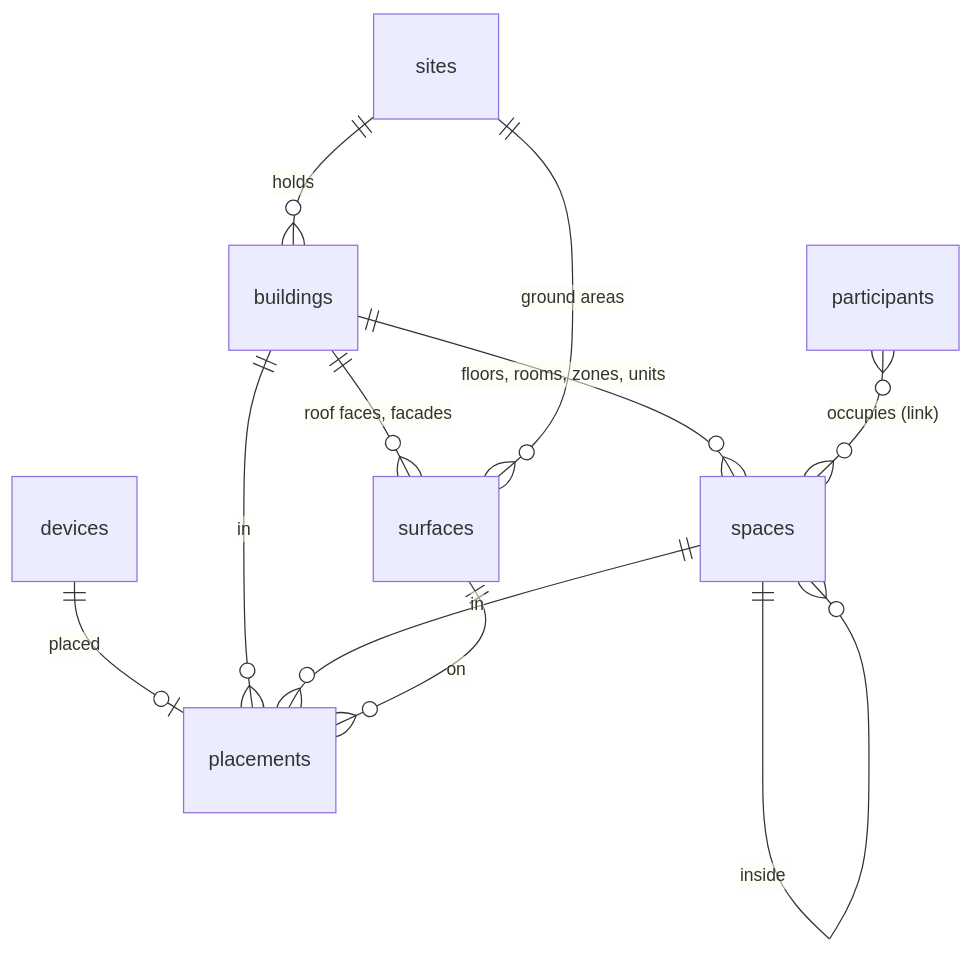
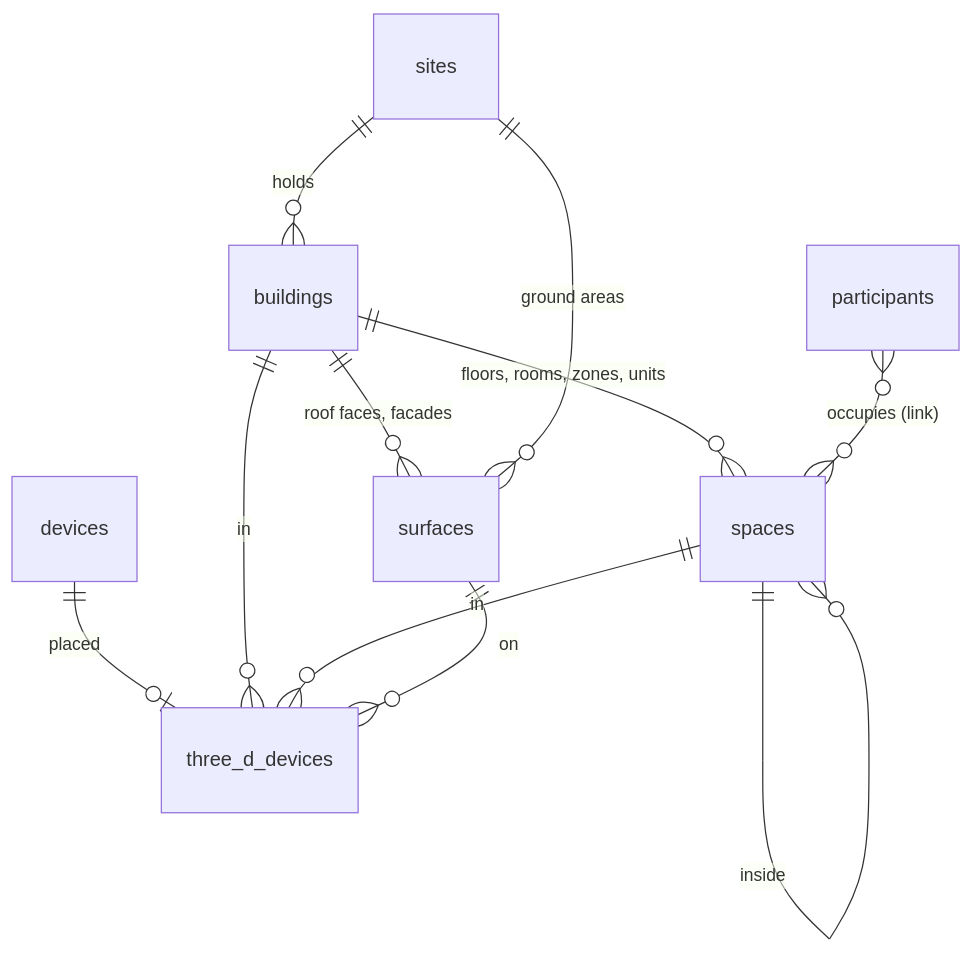
The second of 2 diagrams in docs/model.md (nexgen-os/nexgen-os), drawn with Mermaid before and after one commit. The commit also changed other lines of this file and 16 other files, not shown here.

First line of the commit message:
refactor(3d): the 3d side of a device is three_d.devices

````diff
--- a/docs/model.md
+++ b/docs/model.md
@@ -56,13 +56,13 @@
 ```mermaid
 erDiagram
   sites ||--o{ buildings : holds
   buildings ||--o{ spaces : "floors, rooms, zones, units"
   spaces ||--o{ spaces : "inside"
   buildings ||--o{ surfaces : "roof faces, facades"
   sites ||--o{ surfaces : "ground areas"
-  devices ||--o| placements : "placed"
-  buildings ||--o{ placements : in
-  spaces ||--o{ placements : in
-  surfaces ||--o{ placements : on
+  devices ||--o| three_d_devices : "placed"
+  buildings ||--o{ three_d_devices : in
+  spaces ||--o{ three_d_devices : in
+  surfaces ||--o{ three_d_devices : on
   participants }o--o{ spaces : "occupies (link)"
 ```
````
